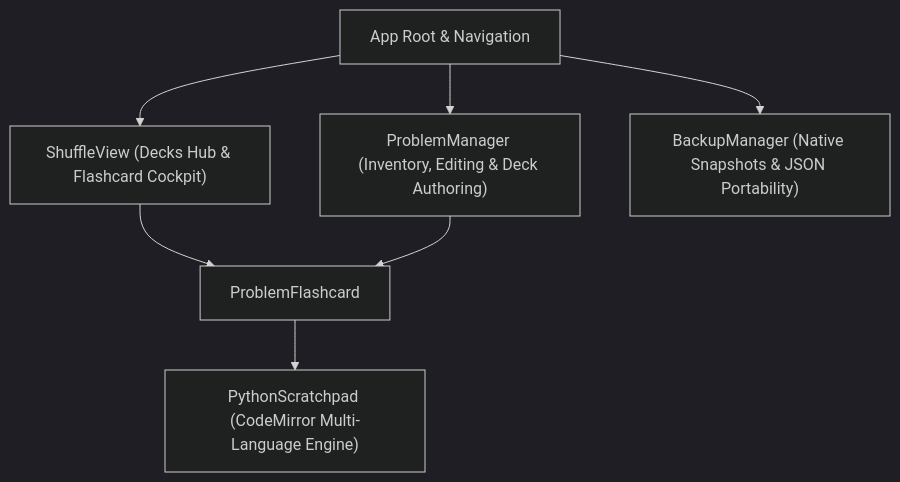
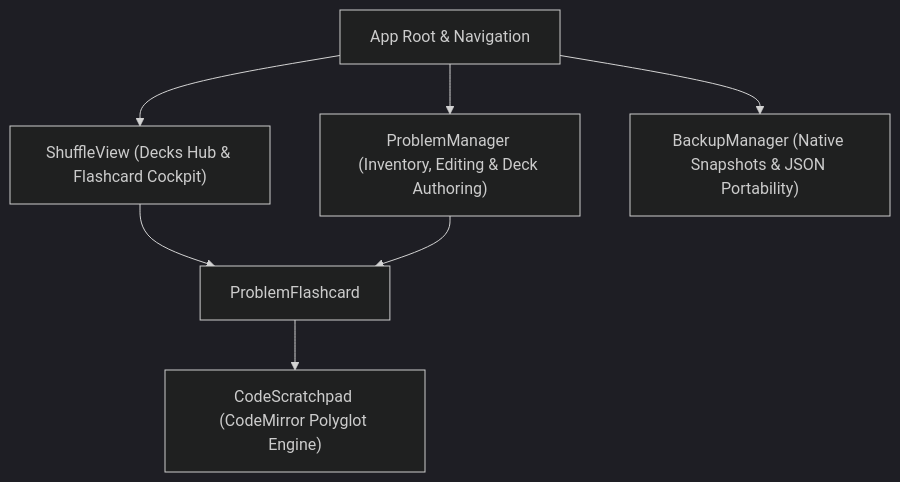
The diagram in frontend/README.md (92fueler/brain_shuffle), drawn with Mermaid (dark theme) before and after one commit. The commit also changed other lines of this file and 9 other files, not shown here.

First line of the commit message:
feat: unify interactive workspaces, active recall drill flow, and dual notepad editing

````diff
--- a/frontend/README.md
+++ b/frontend/README.md
@@ -9,10 +9,10 @@
 ```mermaid
 graph TD
     App["App Root & Navigation"] --> Shuffle["ShuffleView (Decks Hub & Flashcard Cockpit)"]
     App --> Manager["ProblemManager (Inventory, Editing & Deck Authoring)"]
     App --> Backup["BackupManager (Native Snapshots & JSON Portability)"]
     
     Shuffle --> Flashcard["ProblemFlashcard"]
     Manager --> Flashcard
-    Flashcard --> Scratchpad["PythonScratchpad (CodeMirror Multi-Language Engine)"]
+    Flashcard --> Scratchpad["CodeScratchpad (CodeMirror Polyglot Engine)"]
 ```
````
